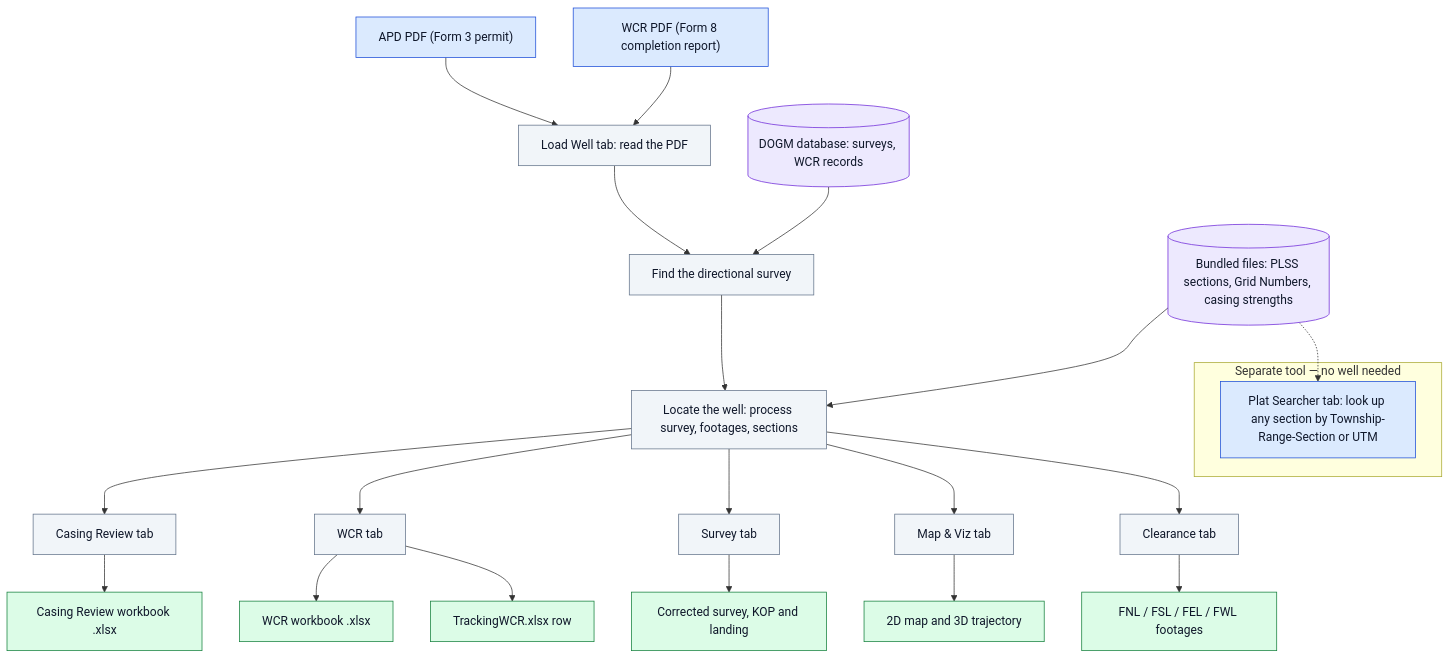
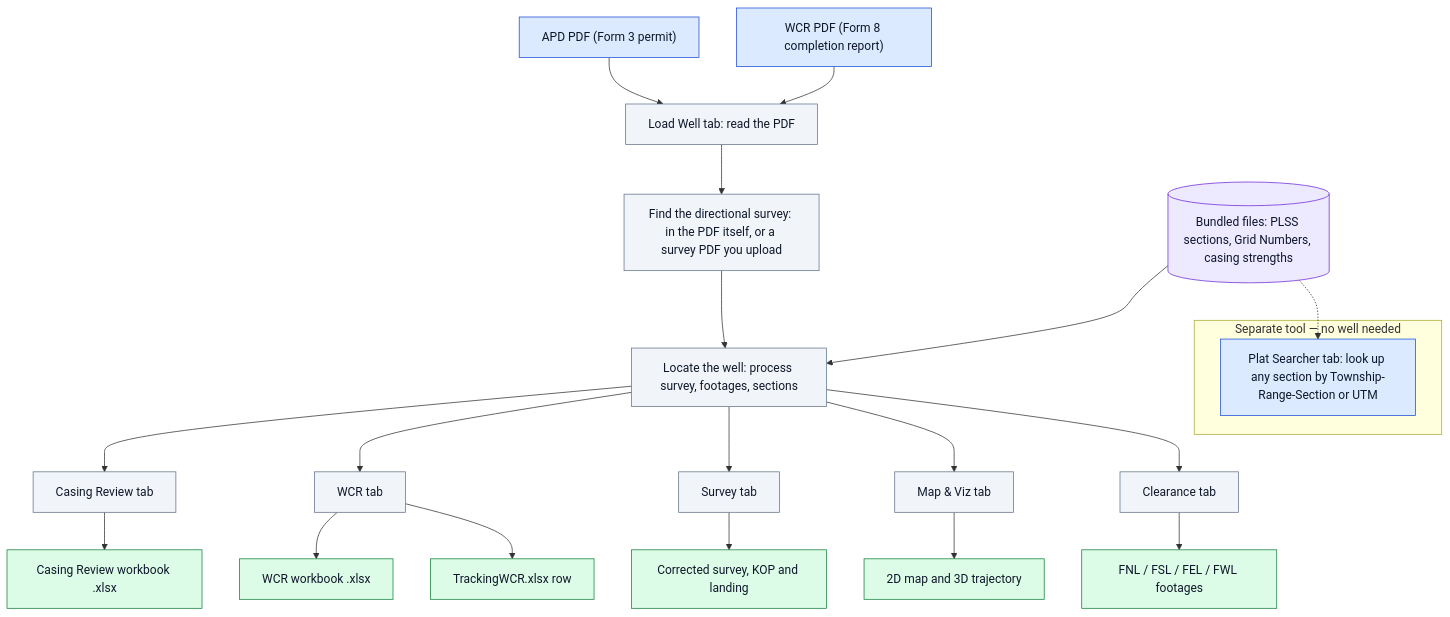
The first of 6 diagrams in etools/docs/app_guide.md (clgoodrich/EToolsV3), drawn with Mermaid before and after one commit. The commit also changed other lines of this file and 44 other files, not shown here.

````diff
--- a/etools/docs/app_guide.md
+++ b/etools/docs/app_guide.md
@@ -23,40 +23,38 @@
 ```mermaid
 flowchart TD
     classDef you fill:#dbeafe,stroke:#1d4ed8,color:#0f172a
     classDef auto fill:#f1f5f9,stroke:#64748b,color:#0f172a
     classDef out fill:#dcfce7,stroke:#15803d,color:#0f172a
     classDef data fill:#ede9fe,stroke:#6d28d9,color:#0f172a
 
     APD["APD PDF (Form 3 permit)"]:::you
     WCR["WCR PDF (Form 8 completion report)"]:::you
     LOAD["Load Well tab: read the PDF"]:::auto
-    SURVEY["Find the directional survey"]:::auto
+    SURVEY["Find the directional survey: in the PDF itself, or a survey PDF you upload"]:::auto
     PIPE["Locate the well: process survey, footages, sections"]:::auto
-    DB[("DOGM database: surveys, WCR records")]:::data
     FILES[("Bundled files: PLSS sections, Grid Numbers, casing strengths")]:::data
 
     APD --> LOAD
     WCR --> LOAD
     LOAD --> SURVEY
-    DB --> SURVEY
     SURVEY --> PIPE
     FILES --> PIPE
 
     PIPE --> CR["Casing Review tab"]:::auto
     PIPE --> W["WCR tab"]:::auto
     PIPE --> S["Survey tab"]:::auto
     PIPE --> M["Map & Viz tab"]:::auto
     PIPE --> C["Clearance tab"]:::auto
 
     CR --> CRX["Casing Review workbook .xlsx"]:::out
     W --> WX["WCR workbook .xlsx"]:::out
     W --> TR["TrackingWCR.xlsx row"]:::out
     S --> SX["Corrected survey, KOP and landing"]:::out
     M --> MX["2D map and 3D trajectory"]:::out
     C --> CX["FNL / FSL / FEL / FWL footages"]:::out
 
     subgraph STANDALONE["Separate tool — no well needed"]
         PLAT["Plat Searcher tab: look up any section by Township-Range-Section or UTM"]:::you
     end
     FILES -.-> PLAT
 ```
````
